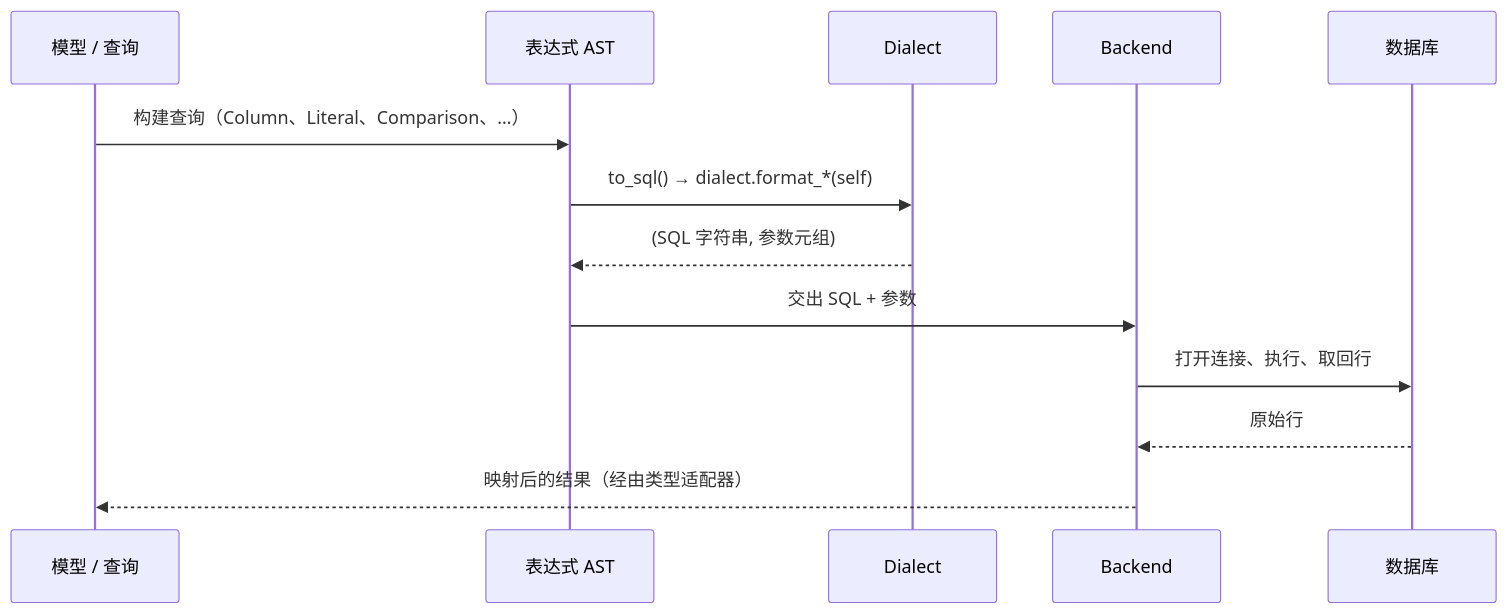
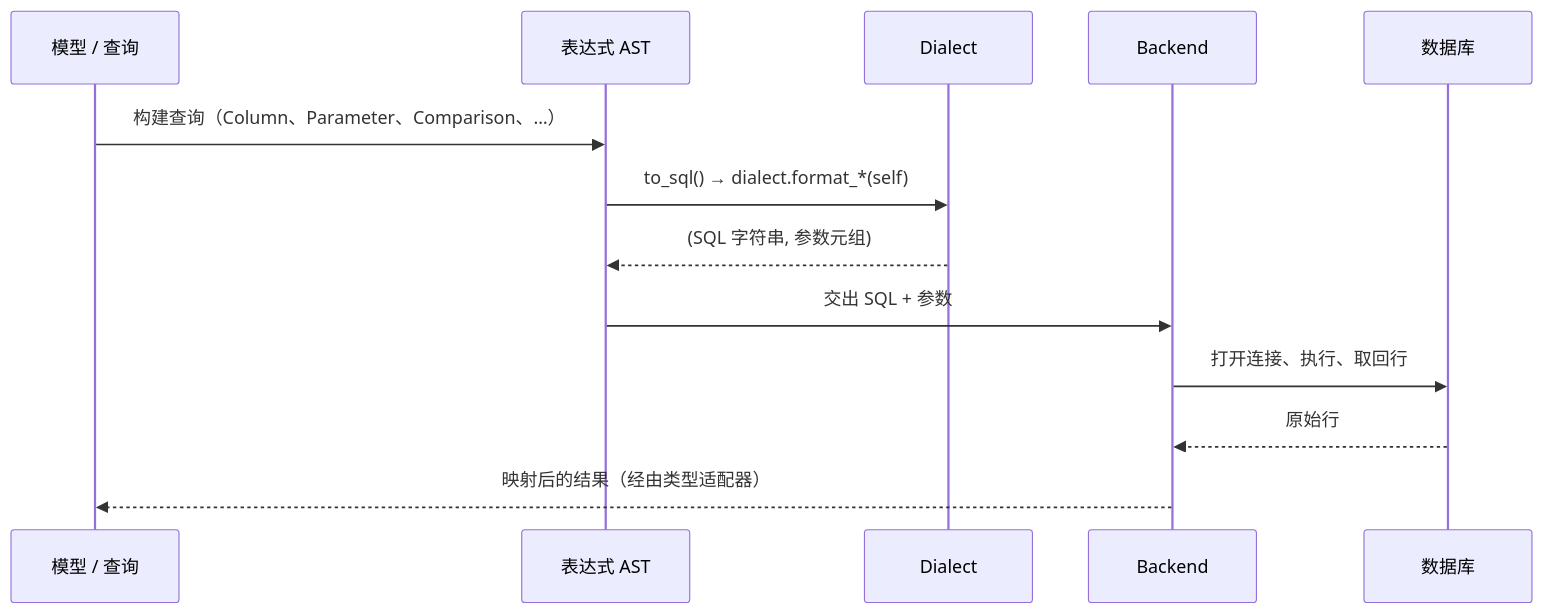
Before and after one commit to rhosocial/python-activerecord: the fourth of 4 diagrams in docs/zh_CN/backend/architecture.md, drawn with Mermaid. The commit also changed other lines of this file and 292 other files, not shown here.

````diff
--- a/docs/zh_CN/backend/architecture.md
+++ b/docs/zh_CN/backend/architecture.md
@@ -141,16 +141,16 @@
 ```mermaid
 sequenceDiagram
     participant M as 模型 / 查询
     participant E as 表达式 AST
     participant D as Dialect
     participant B as Backend
     participant DB as 数据库
 
-    M->>E: 构建查询（Column、Literal、Comparison、…）
+    M->>E: 构建查询（Column、Parameter、Comparison、…）
     E->>D: to_sql() → dialect.format_*(self)
     D-->>E: (SQL 字符串, 参数元组)
     E->>B: 交出 SQL + 参数
     B->>DB: 打开连接、执行、取回行
     DB-->>B: 原始行
     B-->>M: 映射后的结果（经由类型适配器）
 ```
````
